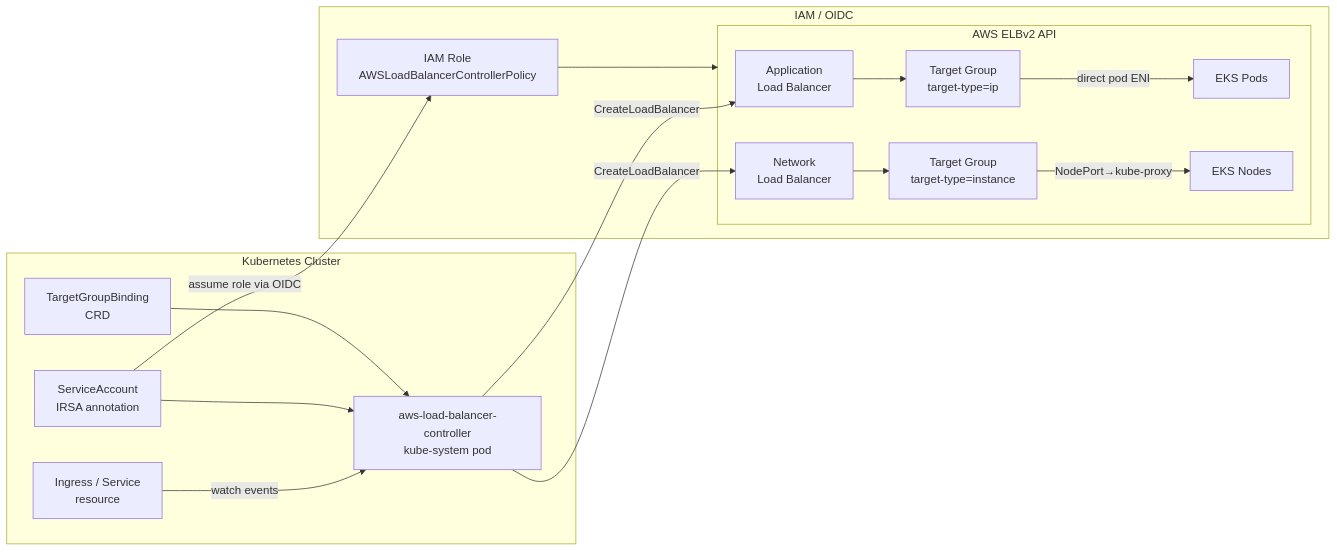
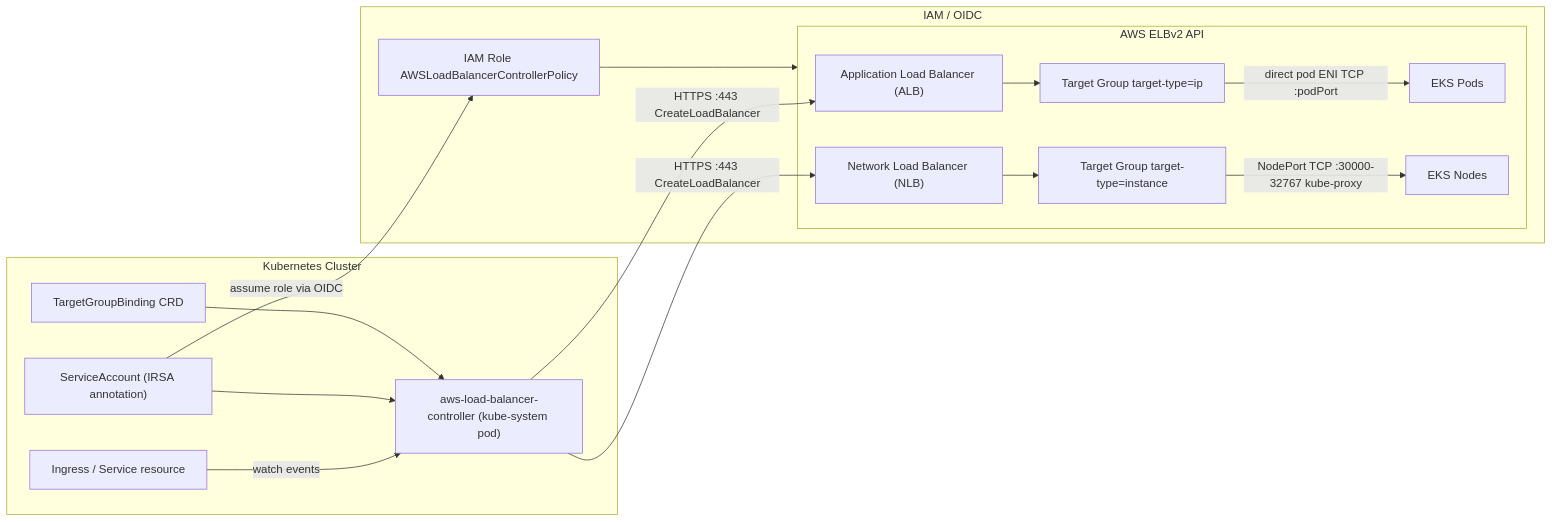
Before and after one commit to MykolaLebid/Kubernetes_networking_engineering: the first of 2 diagrams in lessons/31-aws-load-balancer-controller.md, drawn with Mermaid. The commit also changed other lines of this file and 35 other files, not shown here.

First line of the commit message:
Restructure all 34 lessons: Theory/Practice split, richer diagrams, industry examples, navigation

````diff
--- a/lessons/31-aws-load-balancer-controller.md
+++ b/lessons/31-aws-load-balancer-controller.md
@@ -47,20 +35,20 @@
 ```mermaid
 flowchart LR
     subgraph K8s["Kubernetes Cluster"]
-        IC[Ingress / Service\nresource] -->|watch events| LBC[aws-load-balancer-controller\nkube-system pod]
-        SA[ServiceAccount\nIRSA annotation] --> LBC
-        TGB[TargetGroupBinding\nCRD] --> LBC
+        IC["Ingress / Service resource"] -->|"watch events"| LBC["aws-load-balancer-controller (kube-system pod)"]
+        SA["ServiceAccount (IRSA annotation)"] --> LBC
+        TGB["TargetGroupBinding CRD"] --> LBC
     end
     subgraph AWS["AWS ELBv2 API"]
-        LBC -->|CreateLoadBalancer| ALB[Application\nLoad Balancer]
-        LBC -->|CreateLoadBalancer| NLB[Network\nLoad Balancer]
-        ALB --> TG1[Target Group\ntarget-type=ip]
-        NLB --> TG2[Target Group\ntarget-type=instance]
-        TG1 -->|direct pod ENI| Pods[EKS Pods]
-        TG2 -->|NodePort→kube-proxy| Nodes[EKS Nodes]
+        LBC -->|"HTTPS :443 CreateLoadBalancer"| ALB["Application Load Balancer (ALB)"]
+        LBC -->|"HTTPS :443 CreateLoadBalancer"| NLB["Network Load Balancer (NLB)"]
+        ALB --> TG1["Target Group target-type=ip"]
+        NLB --> TG2["Target Group target-type=instance"]
+        TG1 -->|"direct pod ENI TCP :podPort"| Pods["EKS Pods"]
+        TG2 -->|"NodePort TCP :30000-32767 kube-proxy"| Nodes["EKS Nodes"]
     end
     subgraph IAM["IAM / OIDC"]
-        SA -->|assume role via OIDC| IRSA[IAM Role\nAWSLoadBalancerControllerPolicy]
+        SA -->|"assume role via OIDC"| IRSA["IAM Role AWSLoadBalancerControllerPolicy"]
         IRSA --> AWS
     end
 ```
````
